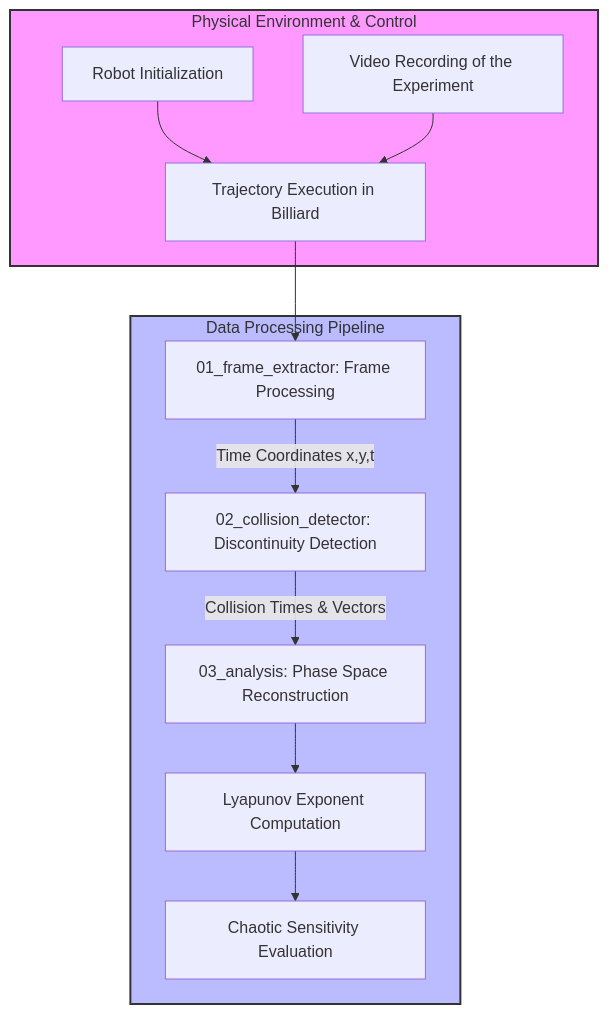
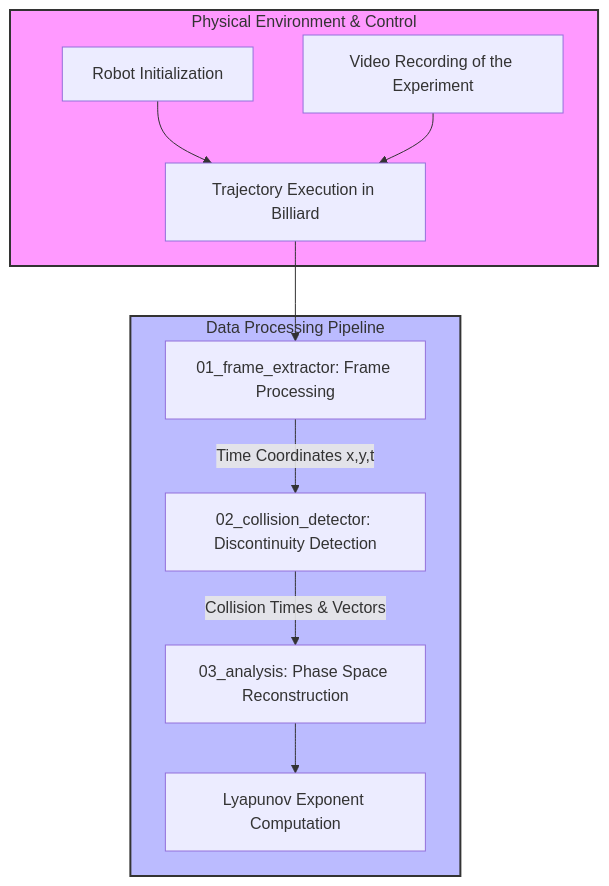
The diagram in README.md (Kyrnthplus/Classical_Billiards_Dynamics_Using_an_Autonomous_Robot_and_Image_Analysis), drawn with Mermaid before and after one commit.

Commit message:
Update README.md
Readme update

````diff
--- a/README.md
+++ b/README.md
@@ -30,18 +30,17 @@
 ```mermaid
 flowchart TD
     subgraph PhysicalExperiment [Physical Environment & Control]
         A[Robot Initialization] --> B[Trajectory Execution in Billiard]
         C[Video Recording of the Experiment] --> B
     end
 
     subgraph SoftwarePipeline [Data Processing Pipeline]
         B --> D[01_frame_extractor: Frame Processing]
-        D -->|Time Coordinates x,y,t| E[02_collision_detector: Discontinuity Detection]
+        D -->| Time Coordinates x,y,t | E[02_collision_detector: Discontinuity Detection]
         E -->|Collision Times & Vectors| F[03_analysis: Phase Space Reconstruction]
         F --> G[Lyapunov Exponent Computation]
-        G --> H[Chaotic Sensitivity Evaluation]
     end
 
     style PhysicalExperiment fill:#f9f,stroke:#333,stroke-width:2px
     style SoftwarePipeline fill:#bbf,stroke:#333,stroke-width:2px
 ```
````
